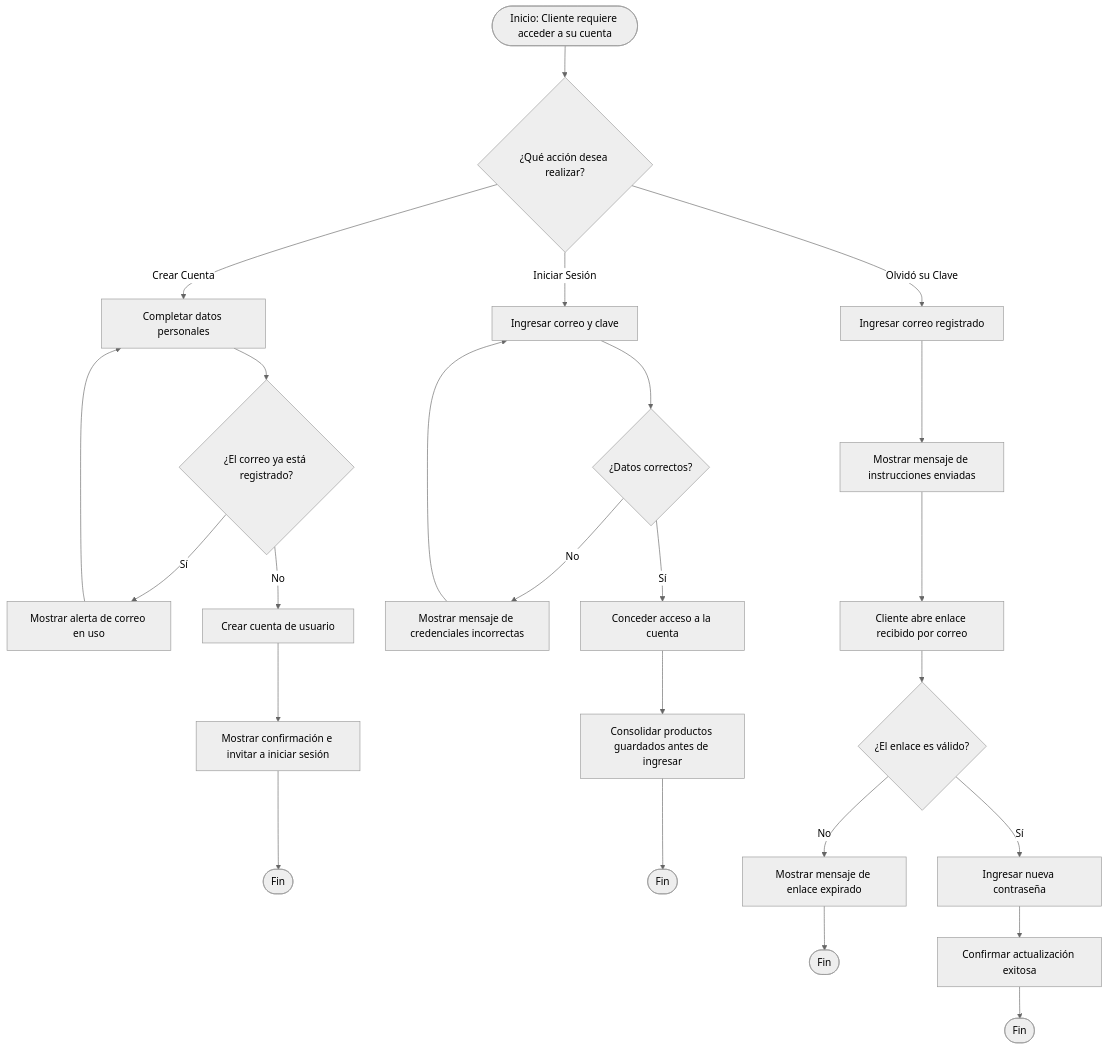
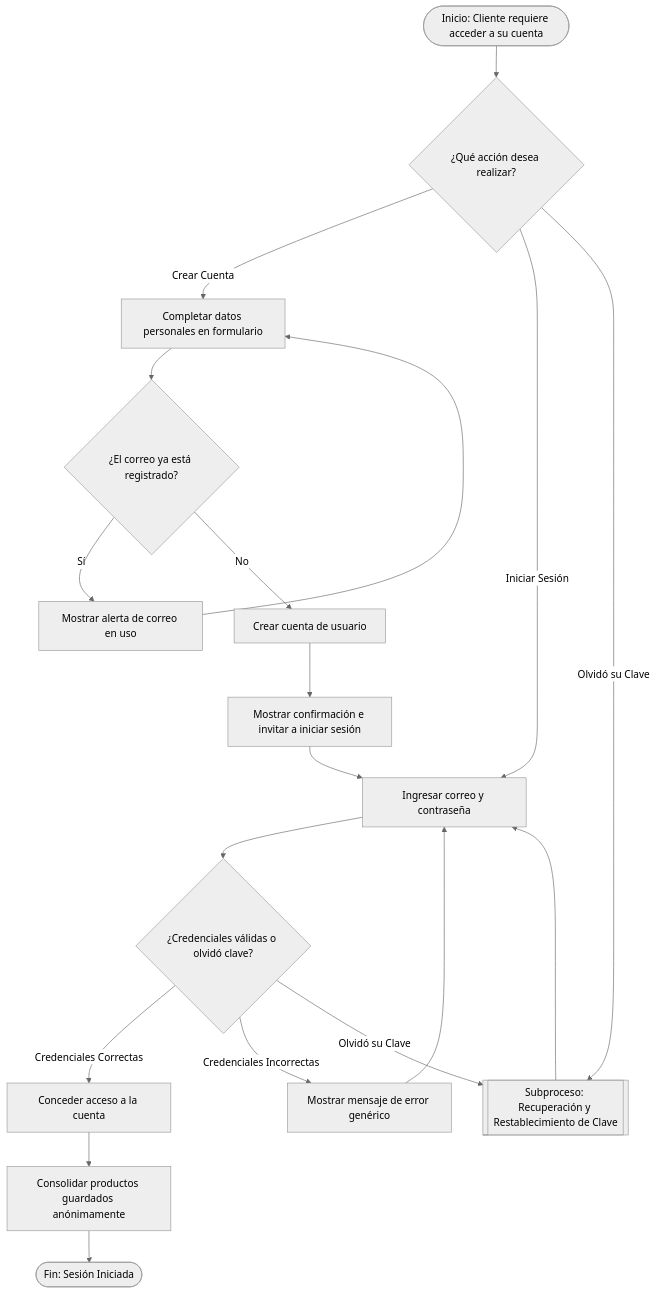
Before and after one commit to LeonidasGarcia/Multichannel-Marketplace: the second of 9 diagrams in Diagrama de Procesos/Diagramas de Procesos Preliminares.md, drawn with Mermaid (neutral theme). The commit also changed other lines of this file and 1 other file, not shown here.

Commit message:
feat: Update process diagrams and enhance user flow descriptions in the documentation

````diff
--- a/Diagrama de Procesos/Diagramas de Procesos Preliminares.md
+++ b/Diagrama de Procesos/Diagramas de Procesos Preliminares.md
@@ -45,27 +50,25 @@
-```mermaid.js
+```mermaid
 flowchart TD
     InicioAcceso([Inicio: Cliente requiere acceder a su cuenta]) --> ElegirOpcion{¿Qué acción desea realizar?}
 
-    %% Registro
-    ElegirOpcion -- Crear Cuenta --> FormRegistro[Completar datos personales]
+    %% Registro de Cuenta
+    ElegirOpcion -- Crear Cuenta --> FormRegistro[Completar datos personales en formulario]
     FormRegistro --> ValidarCorreo{¿El correo ya está registrado?}
     ValidarCorreo -- Sí --> AlertaCorreoExiste[Mostrar alerta de correo en uso] --> FormRegistro
     ValidarCorreo -- No --> CrearCuenta[Crear cuenta de usuario]
-    CrearCuenta --> ConfirmacionRegistro[Mostrar confirmación e invitar a iniciar sesión] --> FinRegistro([Fin])
+    CrearCuenta --> ConfirmacionRegistro[Mostrar confirmación e invitar a iniciar sesión] --> FormLogin
 
-    %% Iniciar Sesión
-    ElegirOpcion -- Iniciar Sesión --> FormLogin[Ingresar correo y clave]
-    FormLogin --> ValidarClave{¿Datos correctos?}
-    ValidarClave -- No --> ErrorLogin[Mostrar mensaje de credenciales incorrectas] --> FormLogin
-    ValidarClave -- Sí --> AbrirPerfil[Conceder acceso a la cuenta]
-    AbrirPerfil --> UnificarBolsa[Consolidar productos guardados antes de ingresar] --> FinLogin([Fin])
+    %% Iniciar Sesión y Enlace a Subproceso de Recuperación
+    ElegirOpcion -- Iniciar Sesión --> FormLogin[Ingresar correo y contraseña]
+    FormLogin --> DecisionLogin{¿Credenciales válidas o olvidó clave?}
+    
+    DecisionLogin -- Credenciales Correctas --> AbrirPerfil[Conceder acceso a la cuenta]
+    AbrirPerfil --> UnificarBolsa[Consolidar productos guardados anónimamente] --> FinLogin([Fin: Sesión Iniciada])
+    
+    DecisionLogin -- Credenciales Incorrectas --> ErrorLogin[Mostrar mensaje de error genérico] --> FormLogin
+    DecisionLogin -- Olvidó su Clave --> SubprocesoRecuperar[[Subproceso: Recuperación y Restablecimiento de Clave]]
 
-    %% Recuperar Clave
-    ElegirOpcion -- Olvidó su Clave --> FormRecuperar[Ingresar correo registrado]
-    FormRecuperar --> MensajeNeutro[Mostrar mensaje de instrucciones enviadas]
-    MensajeNeutro --> AbrirEnlace[Cliente abre enlace recibido por correo]
-    AbrirEnlace --> ValidarEnlace{¿El enlace es válido?}
-    ValidarEnlace -- No --> AlertaEnlaceVencido[Mostrar mensaje de enlace expirado] --> FinEnlaceExpirado([Fin])
-    ValidarEnlace -- Sí --> NuevaClave[Ingresar nueva contraseña]
-    NuevaClave --> ConfirmarCambio[Confirmar actualización exitosa] --> FinRecuperacion([Fin])
+    %% Acceso Directo a Olvidó Clave
+    ElegirOpcion -- Olvidó su Clave --> SubprocesoRecuperar
+    SubprocesoRecuperar --> FormLogin
 ```
````
